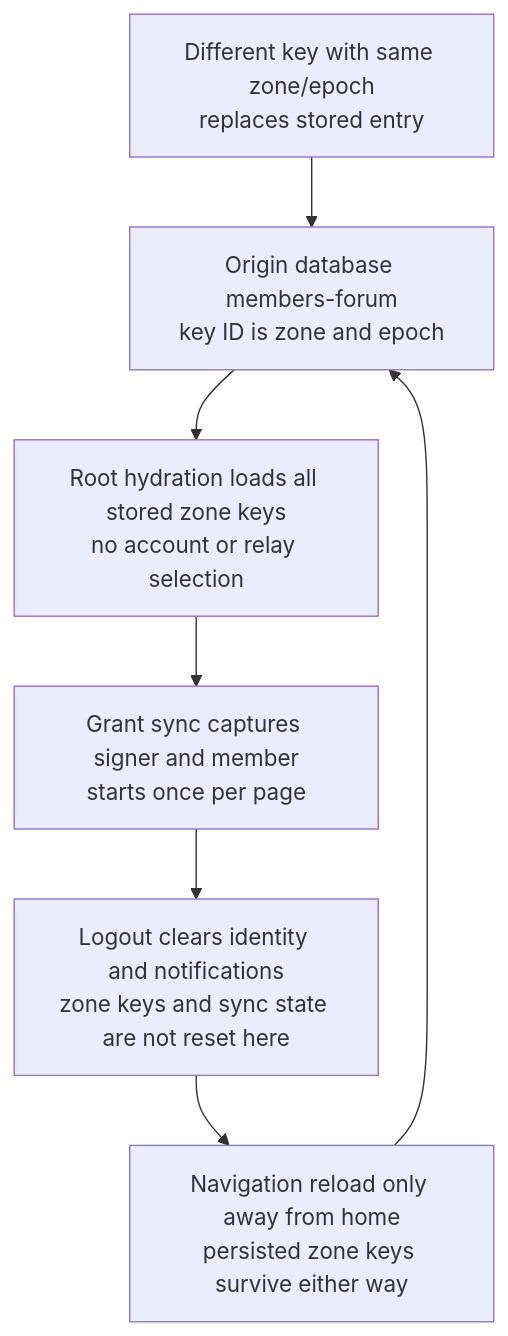
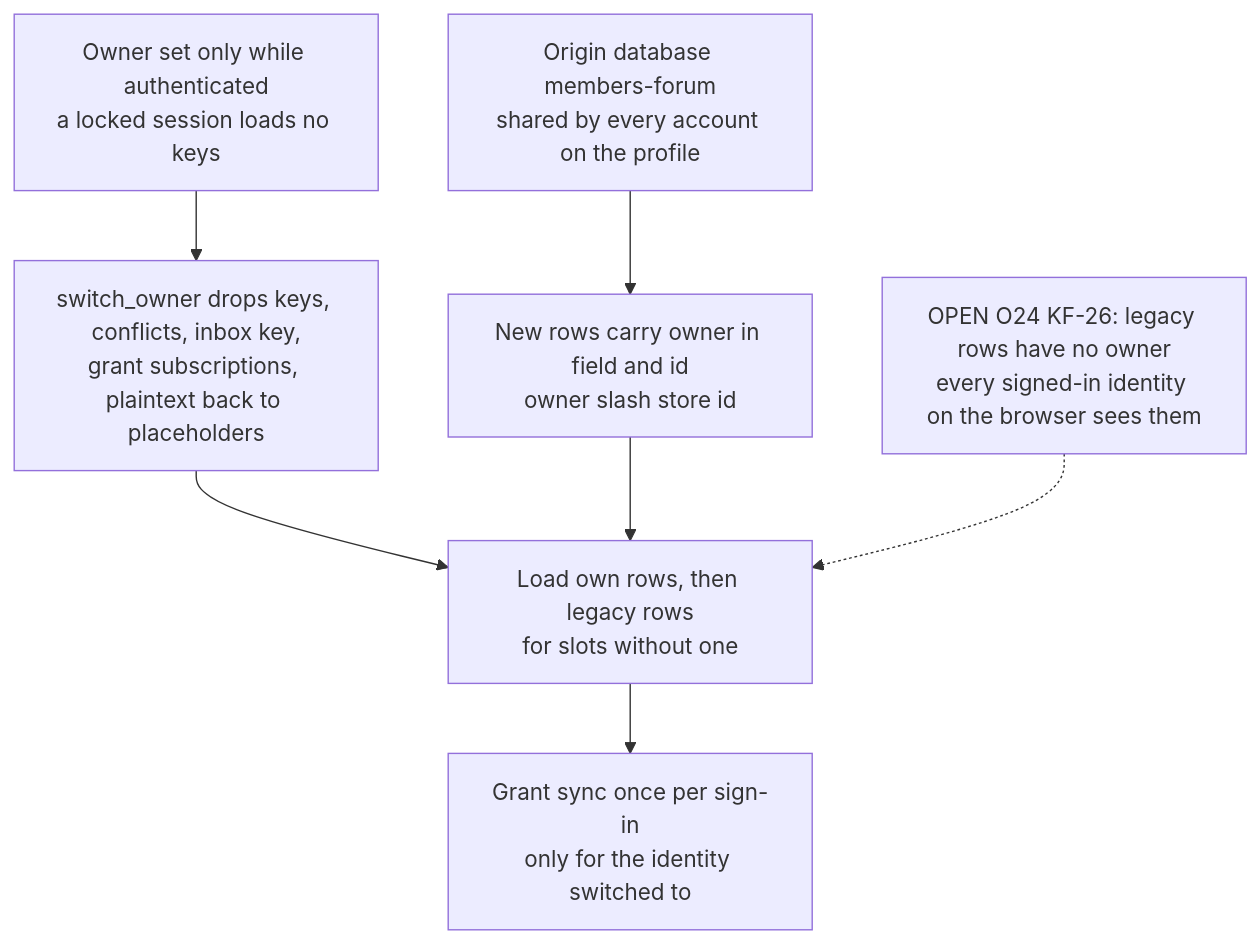
The fourth of 6 diagrams in docs/diagrams/nostr-rust-forum/27-zone-key-distribution-and-recovery.md (DreamLab-AI/VisionFlow), drawn with Mermaid before and after one commit. The commit also changed other lines of this file, not shown here.

First line of the commit message:
docs(diagrams): re-verify NF-27 at nostr-rust-forum af4f0d5

````diff
--- a/docs/diagrams/nostr-rust-forum/27-zone-key-distribution-and-recovery.md
+++ b/docs/diagrams/nostr-rust-forum/27-zone-key-distribution-and-recovery.md
@@ -92,18 +102,21 @@
 ```mermaid
 flowchart TB
-    %% Source: ../nostr-rust-forum/crates/nostr-bbs-forum-client/src/stores/indexed_db.rs:25
-    D["Origin database members-forum<br/>key ID is zone and epoch"]
+    %% Source: ../nostr-rust-forum/crates/nostr-bbs-forum-client/src/stores/indexed_db.rs:32
+    D["Origin database members-forum<br/>shared by every account on the profile"]
+    %% Source: ../nostr-rust-forum/crates/nostr-bbs-forum-client/src/zone_crypto/key_owner.rs:69
+    O["New rows carry owner in field and id<br/>owner slash store id"]
+    %% Source: ../nostr-rust-forum/crates/nostr-bbs-forum-client/src/zone_crypto/key_owner.rs:60
+    A["Owner set only while authenticated<br/>a locked session loads no keys"]
     %% Source: ../nostr-rust-forum/crates/nostr-bbs-forum-client/src/zone_crypto/store.rs:187
-    H["Root hydration loads all stored zone keys<br/>no account or relay selection"]
-    %% Source: ../nostr-rust-forum/crates/nostr-bbs-forum-client/src/zone_crypto/store.rs:217
-    S["Grant sync captures signer and member<br/>starts once per page"]
-    %% Source: ../nostr-rust-forum/crates/nostr-bbs-forum-client/src/auth/mod.rs:676
-    L["Logout clears identity and notifications<br/>zone keys and sync state are not reset here"]
-    %% Source: ../nostr-rust-forum/crates/nostr-bbs-forum-client/src/auth/mod.rs:699
-    R["Navigation reload only away from home<br/>persisted zone keys survive either way"]
-    %% Source: ../nostr-rust-forum/crates/nostr-bbs-forum-client/src/stores/indexed_db.rs:334
-    C["Different key with same zone/epoch<br/>replaces stored entry"]
-    D --> H --> S --> L --> R
-    R --> D
-    C --> D
+    S["switch_owner drops keys, conflicts, inbox key,<br/>grant subscriptions, plaintext back to placeholders"]
+    %% Source: ../nostr-rust-forum/crates/nostr-bbs-forum-client/src/zone_crypto/key_owner.rs:172
+    V["Load own rows, then legacy rows<br/>for slots without one"]
+    %% Source: ../nostr-rust-forum/crates/nostr-bbs-forum-client/src/zone_crypto/store.rs:550
+    G["Grant sync once per sign-in<br/>only for the identity switched to"]
+    %% Source: ../nostr-rust-forum/crates/nostr-bbs-forum-client/src/zone_crypto/key_owner.rs:13
+    L["OPEN O24 KF-26: legacy rows have no owner<br/>every signed-in identity on the browser sees them"]
+    D --> O
+    A --> S --> V --> G
+    O --> V
+    L -.-> V
 ```
````
